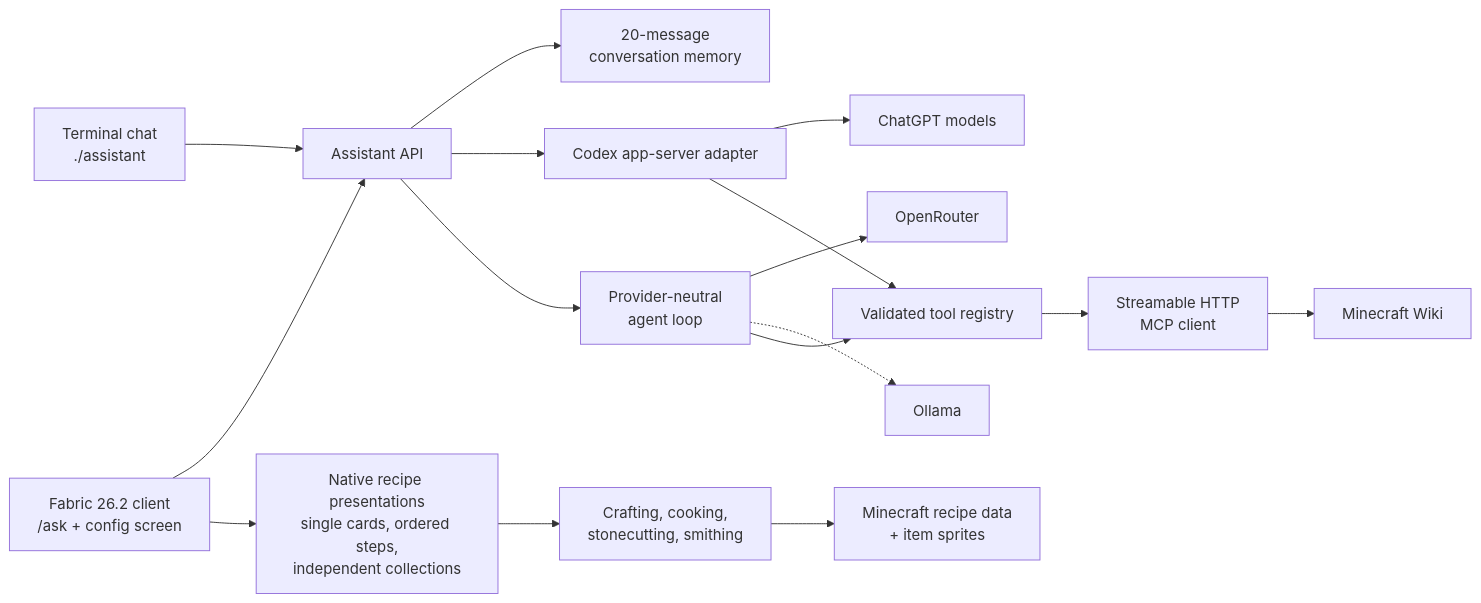
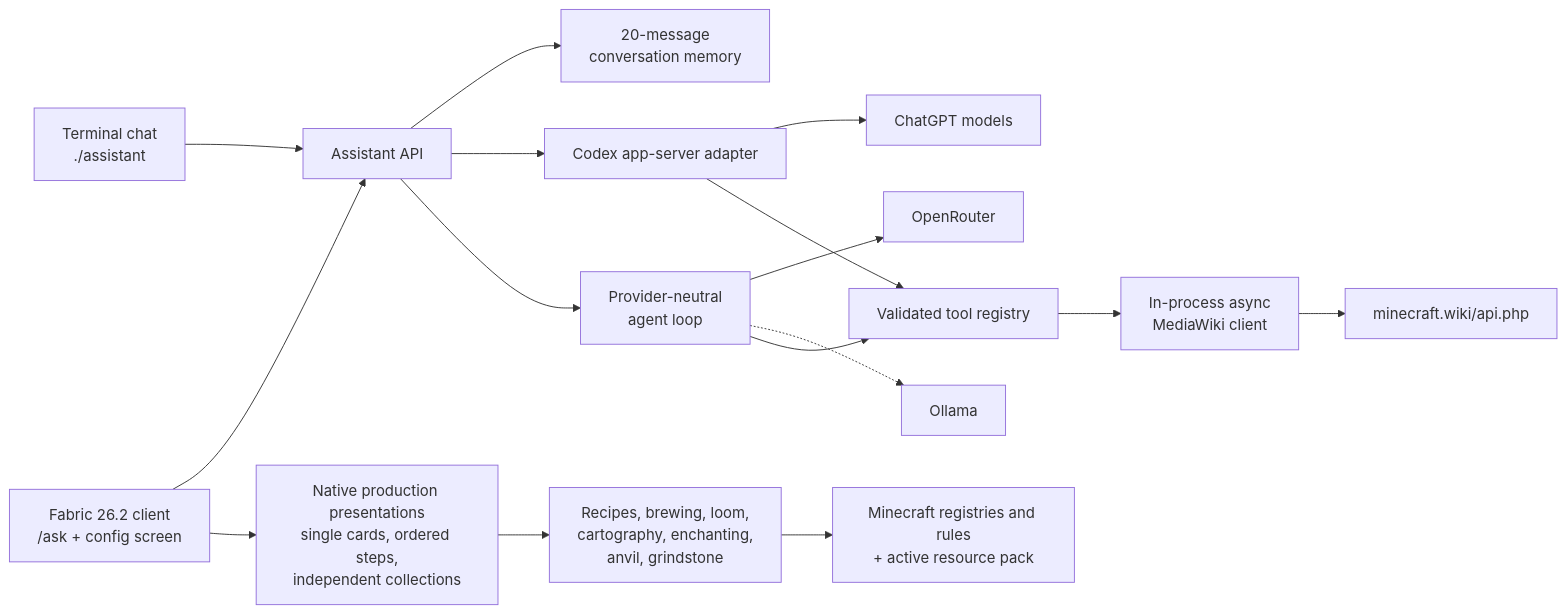
The diagram in README.md (zubinjha/minecraft-assistant), drawn with Mermaid before and after one commit. The commit also changed other lines of this file and 57 other files, not shown here.

Commit message:
feat: add direct wiki and native production guides

````diff
--- a/README.md
+++ b/README.md
@@ -21,21 +21,21 @@
 ```mermaid
 flowchart LR
     CLI["Terminal chat<br/>./assistant"] --> API["Assistant API"]
     MC["Fabric 26.2 client<br/>/ask + config screen"] --> API
-    MC --> RECIPES["Native recipe presentations<br/>single cards, ordered steps,<br/>independent collections"]
-    RECIPES --> METHODS["Crafting, cooking,<br/>stonecutting, smithing"]
-    METHODS --> GAMEDATA["Minecraft recipe data<br/>+ item sprites"]
+    MC --> GUIDES["Native production presentations<br/>single cards, ordered steps,<br/>independent collections"]
+    GUIDES --> METHODS["Recipes, brewing, loom,<br/>cartography, enchanting,<br/>anvil, grindstone"]
+    METHODS --> GAMEDATA["Minecraft registries and rules<br/>+ active resource pack"]
 
     API --> MEMORY["20-message<br/>conversation memory"]
     API --> CODEX["Codex app-server adapter"]
     API --> AGENT["Provider-neutral<br/>agent loop"]
 
     CODEX --> CHATGPT["ChatGPT models"]
     AGENT --> OPENROUTER["OpenRouter"]
     AGENT -.-> OLLAMA["Ollama"]
 
     CODEX --> TOOLS["Validated tool registry"]
     AGENT --> TOOLS
-    TOOLS --> MCP["Streamable HTTP<br/>MCP client"]
-    MCP --> WIKI["Minecraft Wiki"]
+    TOOLS --> MEDIAWIKI["In-process async<br/>MediaWiki client"]
+    MEDIAWIKI --> WIKI["minecraft.wiki/api.php"]
 ```
````
